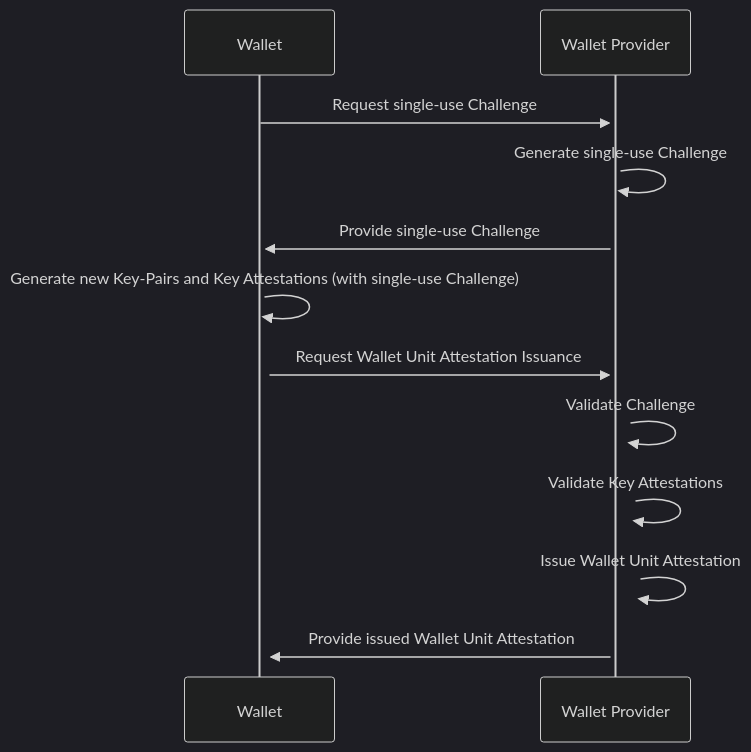
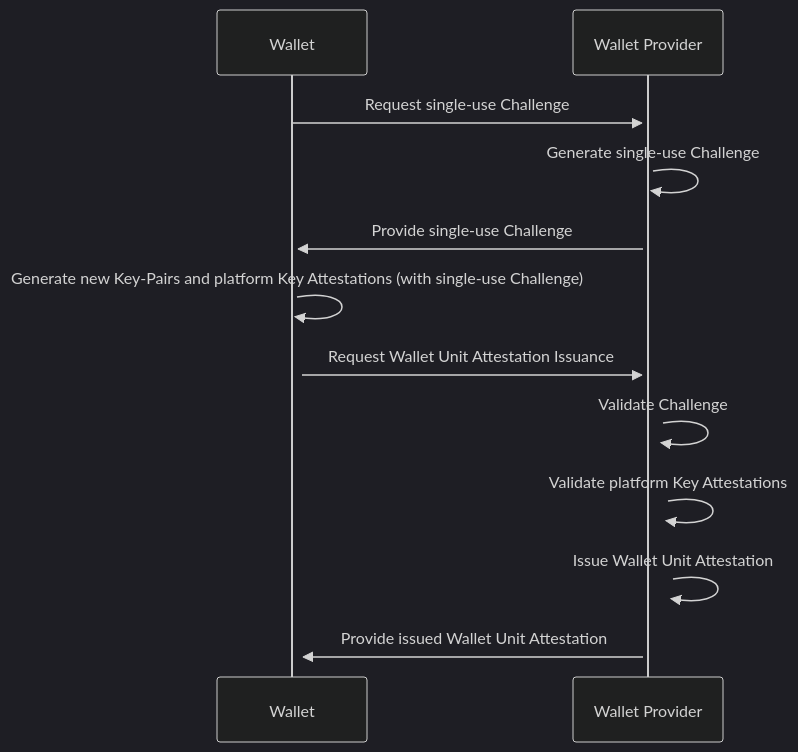
One commit to niscy-eudiw/eudi-srv-wallet-provider changed the third of 4 diagrams in README.md. Above: the diagram before and after it, drawn with Mermaid (dark theme). The commit also changed other lines of this file and 7 other files, not shown here.

````diff
--- a/README.md
+++ b/README.md
@@ -115,20 +138,20 @@
 ```mermaid
 sequenceDiagram    
     participant W as Wallet
     participant WP as Wallet Provider
     
     
     W->>+WP: Request single-use Challenge
     WP->>+WP: Generate single-use Challenge
     WP->>+W: Provide single-use Challenge
     
-    W->>+W: Generate new Key-Pairs and Key Attestations (with single-use Challenge)
+    W->>+W: Generate new Key-Pairs and platform Key Attestations (with single-use Challenge)
     
     W->>+WP: Request Wallet Unit Attestation Issuance
     
     WP->>+WP: Validate Challenge
-    WP->>+WP: Validate Key Attestations
+    WP->>+WP: Validate platform Key Attestations
     WP->>+WP: Issue Wallet Unit Attestation
     
     WP->>+W: Provide issued Wallet Unit Attestation
 ```
````
